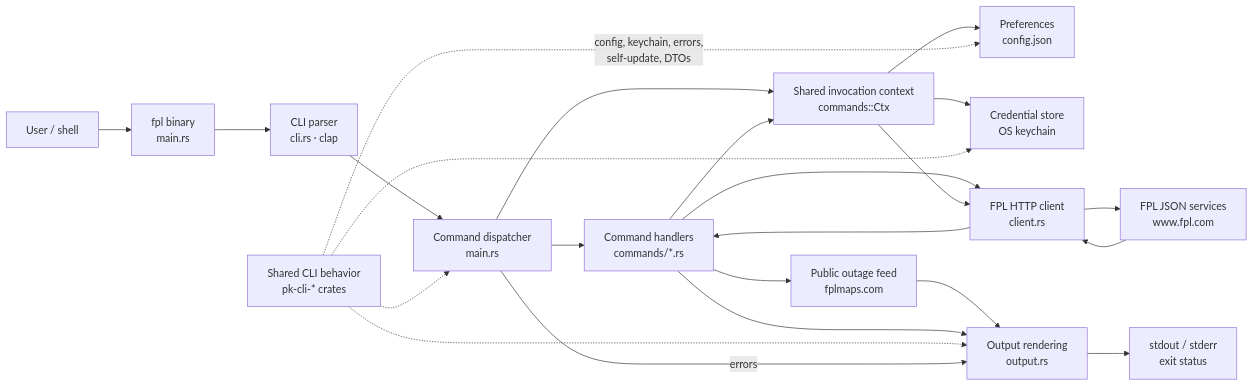
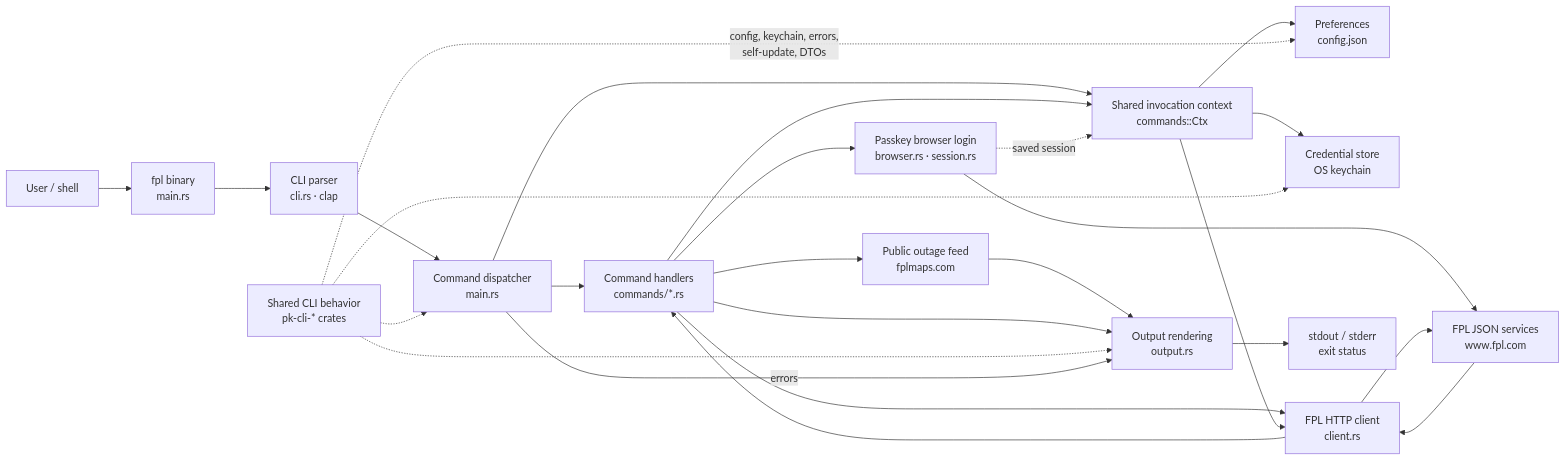
Before and after one commit to Elias-EKaplan/fpl-cli-test: the first of 2 diagrams in docs/architecture.md, drawn with Mermaid. The commit also changed other lines of this file and 16 other files, not shown here.

Commit message:
Add semi-automatic passkey login via browser (auth login --passkey)

````diff
--- a/docs/architecture.md
+++ b/docs/architecture.md
@@ -10,36 +10,40 @@
 ```mermaid
 flowchart LR
     User["User / shell"]
     Binary["fpl binary<br/>main.rs"]
     Cli["CLI parser<br/>cli.rs · clap"]
     Dispatch["Command dispatcher<br/>main.rs"]
     Handlers["Command handlers<br/>commands/*.rs"]
     Context["Shared invocation context<br/>commands::Ctx"]
     Config["Preferences<br/>config.json"]
     Secrets["Credential store<br/>OS keychain"]
     Shared["Shared CLI behavior<br/>pk-cli-* crates"]
     Client["FPL HTTP client<br/>client.rs"]
+    BrowserLogin["Passkey browser login<br/>browser.rs · session.rs"]
     Portal["FPL JSON services<br/>www.fpl.com"]
     Outages["Public outage feed<br/>fplmaps.com"]
     Output["Output rendering<br/>output.rs"]
     Terminal["stdout / stderr<br/>exit status"]
 
     User --> Binary --> Cli --> Dispatch --> Handlers
     Dispatch --> Context
     Context --> Config
     Handlers --> Context
     Handlers --> Client
     Handlers --> Outages
     Context --> Secrets
     Context --> Client
+    Handlers --> BrowserLogin
+    BrowserLogin --> Portal
+    BrowserLogin -. "saved session" .-> Context
     Client --> Portal
     Outages --> Output
     Portal --> Client --> Handlers
     Handlers --> Output
     Shared -. "config, keychain, errors,<br/>self-update, DTOs" .-> Config
     Shared -.-> Secrets
     Shared -.-> Output
     Shared -.-> Dispatch
     Output --> Terminal
     Dispatch -->|"errors"| Output
 ```
````
